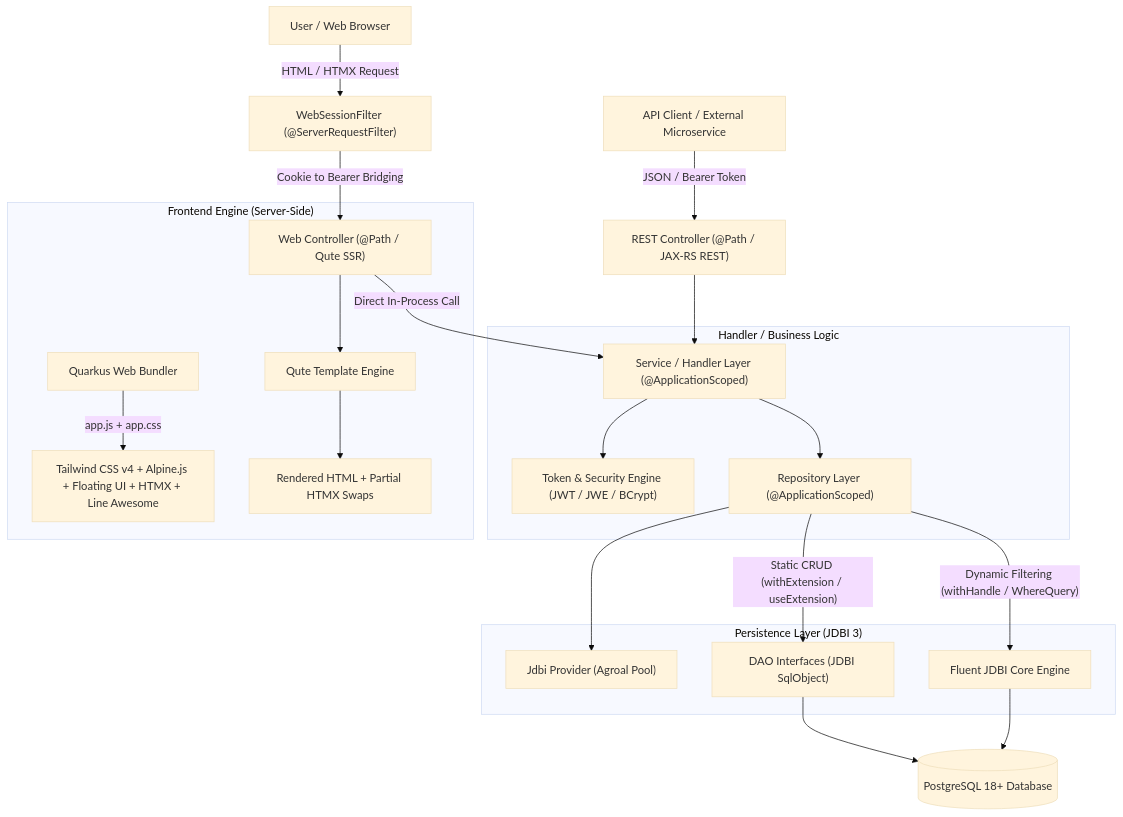
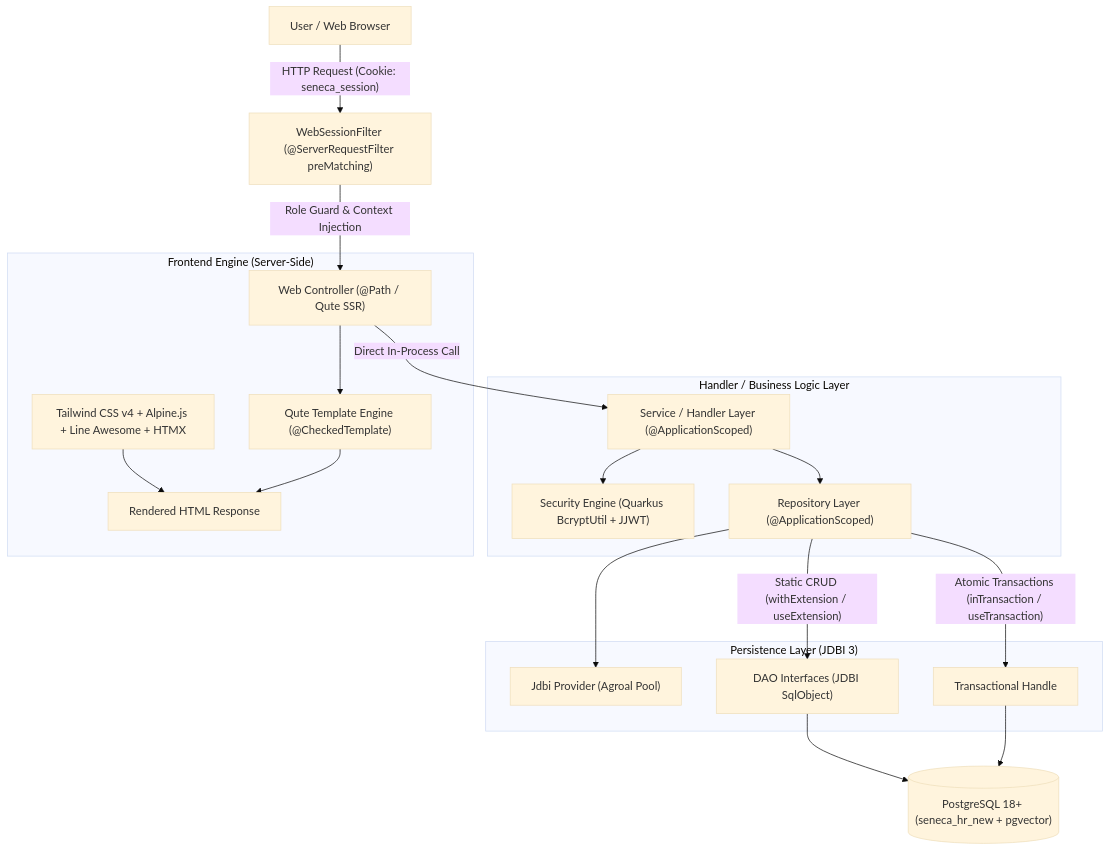
The first of 2 diagrams in ARCHITECTURE.md (hariyogi/seneca-hr), drawn with Mermaid (base theme) before and after one commit. The commit also changed other lines of this file and 66 other files, not shown here.

First line of the commit message:
feat(v0.0.1): implementasi modul user & tenant, auth jjwt, dan patternfly ui

````diff
--- a/ARCHITECTURE.md
+++ b/ARCHITECTURE.md
@@ -21,30 +24,27 @@
 ```mermaid
 graph TD
-    Browser["User / Web Browser"] -->|"HTML / HTMX Request"| WebFilter["WebSessionFilter (@ServerRequestFilter)"]
-    WebFilter -->|"Cookie to Bearer Bridging"| WebController["Web Controller (@Path / Qute SSR)"]
-    
-    ApiClient["API Client / External Microservice"] -->|"JSON / Bearer Token"| RestController["REST Controller (@Path / JAX-RS REST)"]
+    Browser["User / Web Browser"] -->|"HTTP Request (Cookie: seneca_session)"| WebFilter["WebSessionFilter (@ServerRequestFilter preMatching)"]
+    WebFilter -->|"Role Guard & Context Injection"| WebController["Web Controller (@Path / Qute SSR)"]
     
     WebController -->|"Direct In-Process Call"| Handler["Service / Handler Layer (@ApplicationScoped)"]
-    RestController --> Handler
     
-    subgraph "Handler / Business Logic"
-        Handler --> TokenEngine["Token & Security Engine (JWT / JWE / BCrypt)"]
+    subgraph "Handler / Business Logic Layer"
+        Handler --> SecurityEngine["Security Engine (Quarkus BcryptUtil + JJWT)"]
         Handler --> Repos["Repository Layer (@ApplicationScoped)"]
     end
 
     subgraph "Persistence Layer (JDBI 3)"
         Repos --> JdbiEngine["Jdbi Provider (Agroal Pool)"]
         Repos -->|"Static CRUD (withExtension / useExtension)"| SqlObjectDao["DAO Interfaces (JDBI SqlObject)"]
-        Repos -->|"Dynamic Filtering (withHandle / WhereQuery)"| FluentJdbi["Fluent JDBI Core Engine"]
+        Repos -->|"Atomic Transactions (inTransaction / useTransaction)"| TxHandle["Transactional Handle"]
     end
 
     subgraph "Frontend Engine (Server-Side)"
-        WebController --> Qute["Qute Template Engine"]
-        Bundler["Quarkus Web Bundler"] -->|"app.js + app.css"| WebAssets["Tailwind CSS v4 + Alpine.js + Floating UI + HTMX + Line Awesome"]
-        Qute --> HTML["Rendered HTML + Partial HTMX Swaps"]
+        WebController --> Qute["Qute Template Engine (@CheckedTemplate)"]
+        WebAssets["Tailwind CSS v4 + Alpine.js + Line Awesome + HTMX"] --> HTML["Rendered HTML Response"]
+        Qute --> HTML
     end
 
-    SqlObjectDao --> PostgreSQL[("PostgreSQL 18+ Database")]
-    FluentJdbi --> PostgreSQL
+    SqlObjectDao --> PostgreSQL[("PostgreSQL 18+ (seneca_hr_new + pgvector)")]
+    TxHandle --> PostgreSQL
 ```
````
